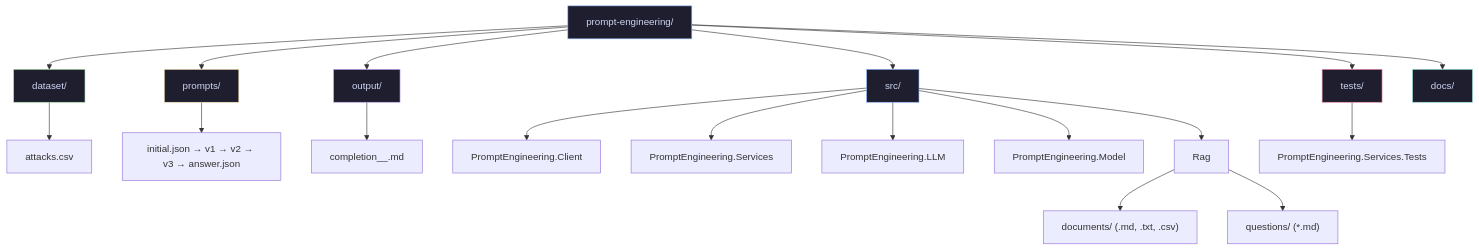
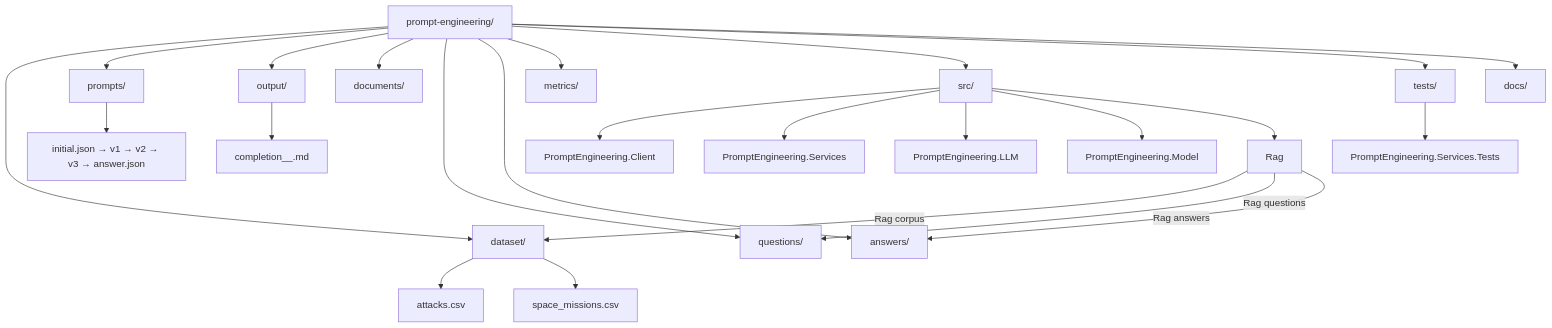
The diagram in docs/repository-structure.md (AntonRyzhkou1988/prompt-engineering), drawn with Mermaid before and after one commit. The commit also changed other lines of this file and 20 other files, not shown here.

````diff
--- a/docs/repository-structure.md
+++ b/docs/repository-structure.md
@@ -36,35 +41,34 @@
 ```mermaid
 graph TD
     ROOT["prompt-engineering/"]
 
     ROOT --> DATASET["dataset/"]
     ROOT --> PROMPTS["prompts/"]
     ROOT --> OUTPUT["output/"]
+    ROOT --> DOCS["documents/"]
+    ROOT --> QUESTIONS["questions/"]
+    ROOT --> ANSWERS["answers/"]
+    ROOT --> METRICS["metrics/"]
     ROOT --> SRC["src/"]
     ROOT --> TESTS["tests/"]
-    ROOT --> DOCS["docs/"]
+    ROOT --> DOCSSET["docs/"]
 
-    DATASET --> DS_FILE["attacks.csv"]
+    DATASET --> DS_ATTACK["attacks.csv"]
+    DATASET --> DS_SPACE["space_missions.csv"]
 
     PROMPTS --> P_SEQ["initial.json → v1 → v2 → v3 → answer.json"]
 
     OUTPUT --> OUT_FILE["completion_<stem>_<timestamp>.md"]
 
     SRC --> CLIENT["PromptEngineering.Client"]
     SRC --> SERVICES["PromptEngineering.Services"]
     SRC --> LLM["PromptEngineering.LLM"]
     SRC --> MODEL["PromptEngineering.Model"]
     SRC --> RAG["Rag"]
-    RAG --> RAG_DOCS["documents/ (.md, .txt, .csv)"]
-    RAG --> RAG_Q["questions/ (*.md)"]
+
+    RAG -->|"Rag corpus"| DATASET
+    RAG -->|"Rag questions"| QUESTIONS
+    RAG -->|"Rag answers"| ANSWERS
 
     TESTS --> TEST_PROJ["PromptEngineering.Services.Tests"]
-
-    style ROOT fill:#1e1e2e,color:#cdd6f4,stroke:#89b4fa
-    style DATASET fill:#1e1e2e,color:#cdd6f4,stroke:#a6e3a1
-    style PROMPTS fill:#1e1e2e,color:#cdd6f4,stroke:#f9e2af
-    style OUTPUT fill:#1e1e2e,color:#cdd6f4,stroke:#cba6f7
-    style SRC fill:#1e1e2e,color:#cdd6f4,stroke:#89b4fa
-    style TESTS fill:#1e1e2e,color:#cdd6f4,stroke:#f38ba8
-    style DOCS fill:#1e1e2e,color:#cdd6f4,stroke:#94e2d5
 ```
````
